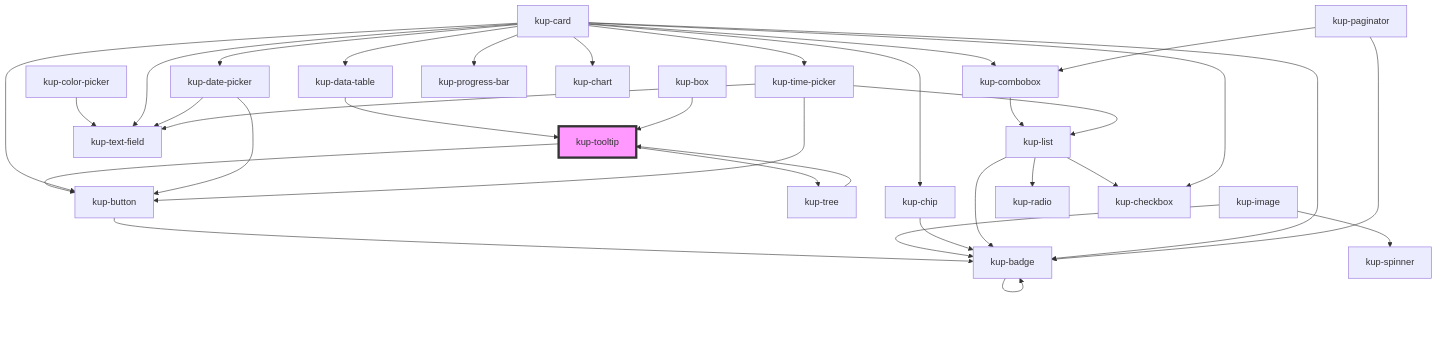
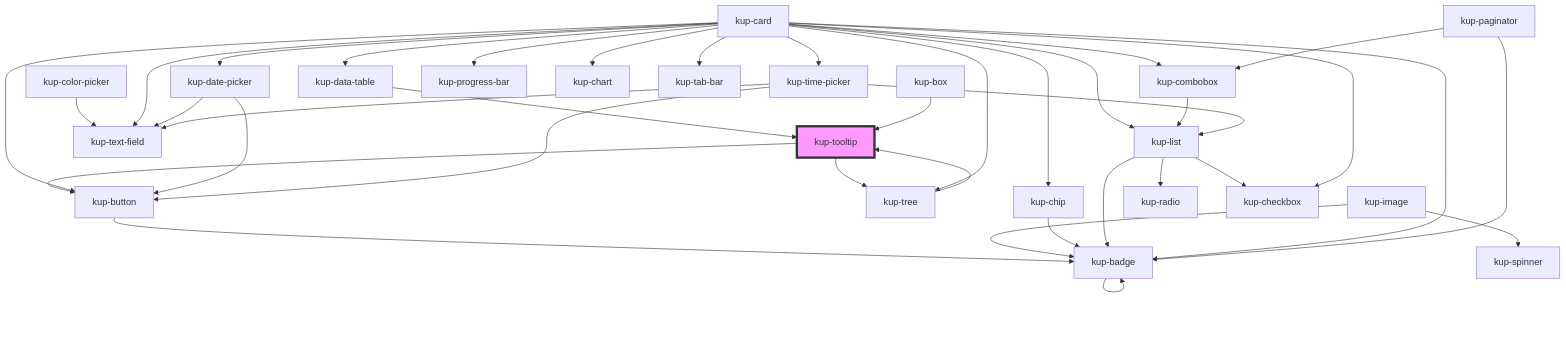
The diagram in packages/ketchup/src/components/kup-tooltip/readme.md (smeup/ketchup), drawn with Mermaid before and after one commit. The commit also changed 13 other files, not shown here.

````diff
--- a/packages/ketchup/src/components/kup-tooltip/readme.md
+++ b/packages/ketchup/src/components/kup-tooltip/readme.md
@@ -97,37 +97,40 @@
 ```mermaid
 graph TD;
   kup-tooltip --> kup-button
   kup-tooltip --> kup-tree
   kup-button --> kup-badge
   kup-badge --> kup-badge
   kup-tree --> kup-tooltip
   kup-image --> kup-spinner
   kup-image --> kup-badge
   kup-chip --> kup-badge
   kup-color-picker --> kup-text-field
   kup-list --> kup-radio
   kup-list --> kup-checkbox
   kup-list --> kup-badge
   kup-card --> kup-chip
   kup-card --> kup-badge
   kup-card --> kup-button
   kup-card --> kup-checkbox
   kup-card --> kup-combobox
   kup-card --> kup-date-picker
   kup-card --> kup-text-field
   kup-card --> kup-time-picker
   kup-card --> kup-data-table
+  kup-card --> kup-list
   kup-card --> kup-progress-bar
   kup-card --> kup-chart
+  kup-card --> kup-tab-bar
+  kup-card --> kup-tree
   kup-combobox --> kup-list
   kup-date-picker --> kup-text-field
   kup-date-picker --> kup-button
   kup-time-picker --> kup-text-field
   kup-time-picker --> kup-button
   kup-time-picker --> kup-list
   kup-data-table --> kup-tooltip
   kup-paginator --> kup-combobox
   kup-paginator --> kup-badge
   kup-box --> kup-tooltip
   style kup-tooltip fill:#f9f,stroke:#333,stroke-width:4px
 ```
````
